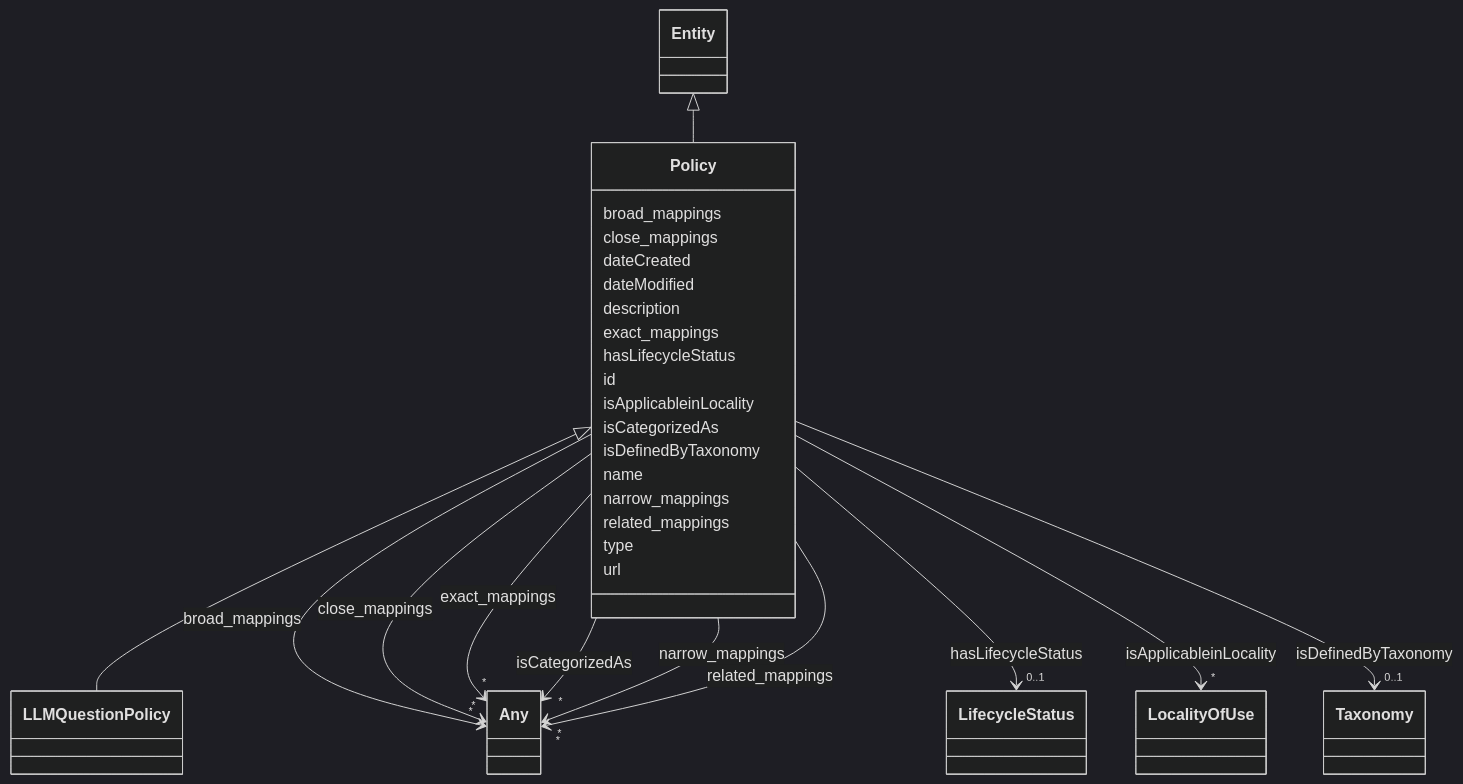
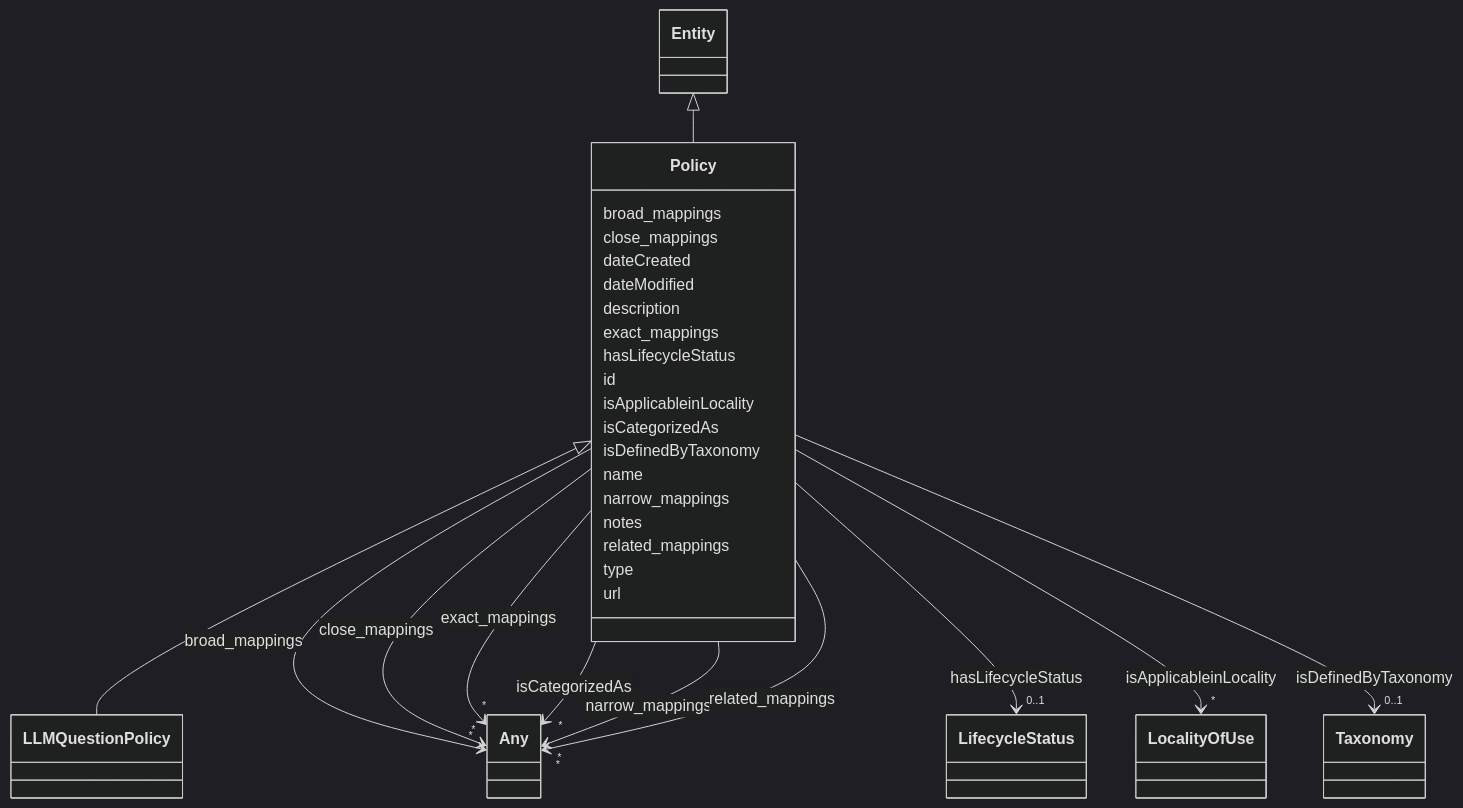
One commit to ingelise/risk-atlas-nexus changed the diagram in docs/ontology/Policy.md. Above: the diagram before and after it, drawn with Mermaid (dark theme). The commit also changed other lines of this file and 318 other files, not shown here.

```diff
--- a/docs/ontology/Policy.md
+++ b/docs/ontology/Policy.md
@@ -123,6 +123,8 @@
 
 
 
+      Policy : notes
+
       Policy : related_mappings
 
 
```
